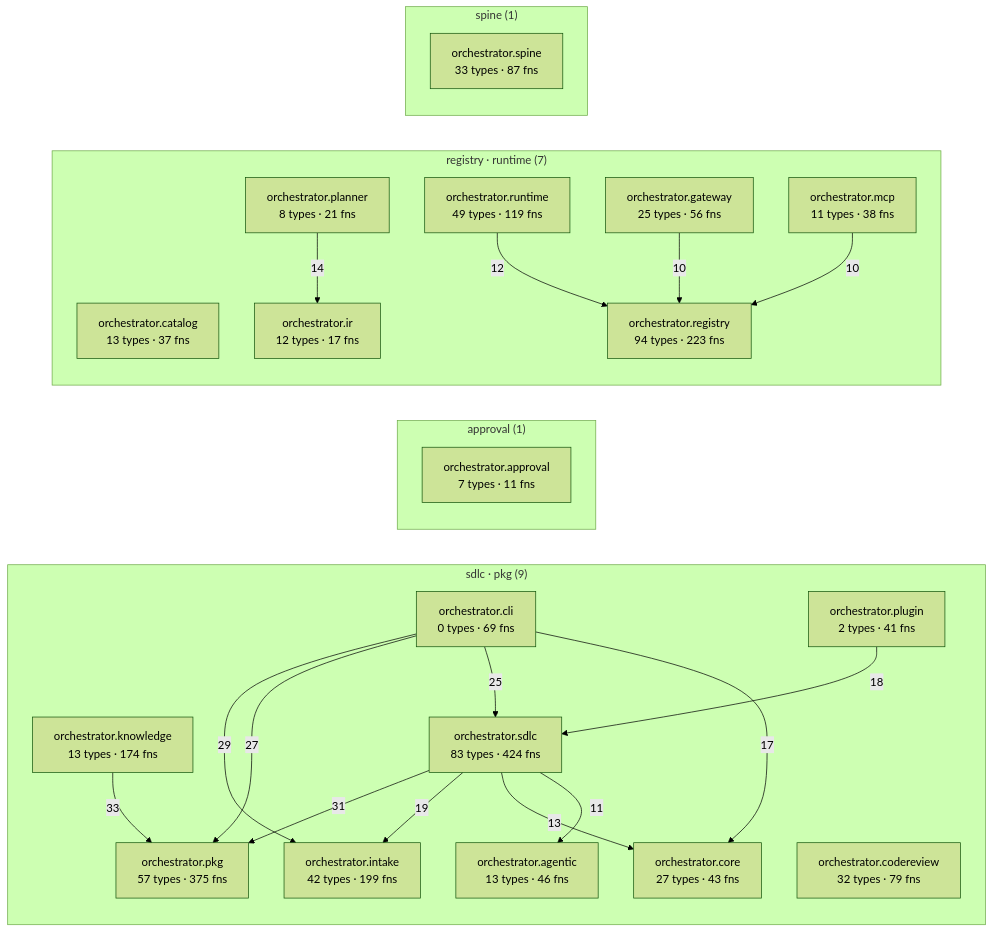
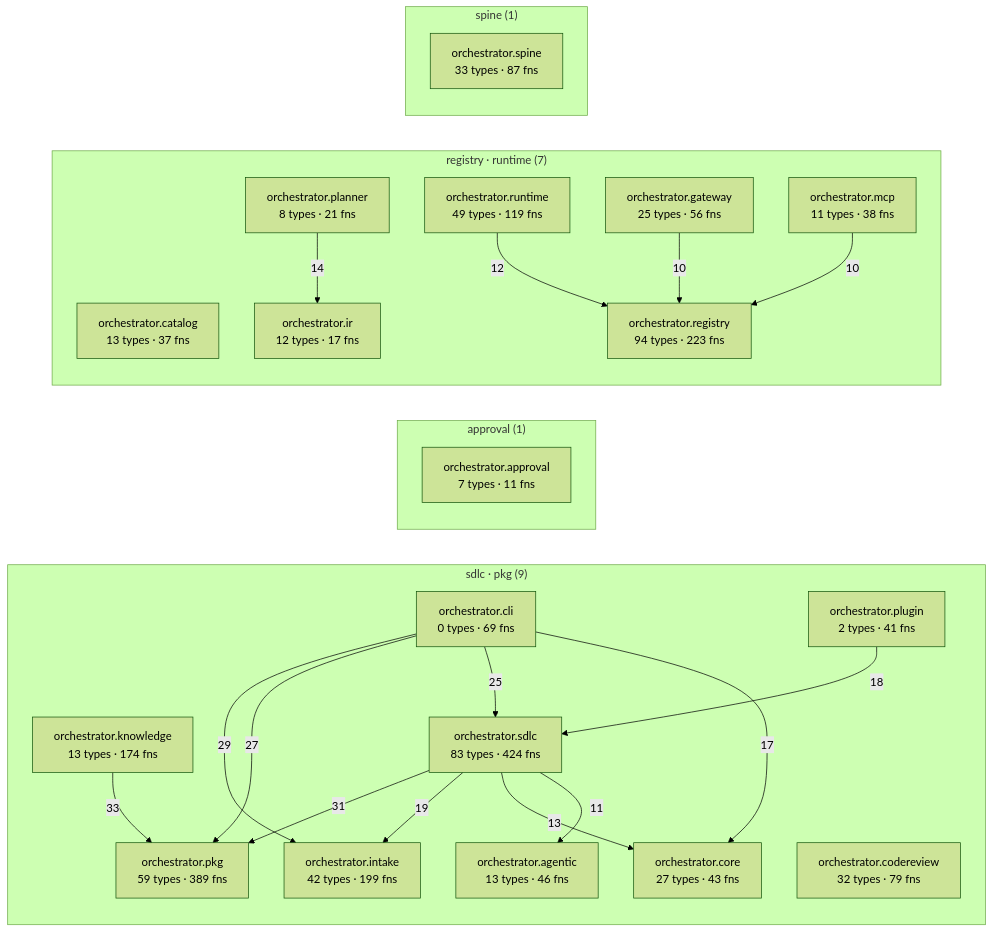
Before and after one commit to synaptixs/spine: the diagram in episteme/architecture.md, drawn with Mermaid (forest theme). The commit also changed other lines of this file and 27 other files, not shown here.

````diff
--- a/episteme/architecture.md
+++ b/episteme/architecture.md
@@ -54,43 +54,43 @@
 ```mermaid
 flowchart LR
   subgraph c_1["sdlc · pkg (9)"]
     aorchestratoragentic["orchestrator.agentic<br/>13 types · 46 fns"]
     aorchestratorcli["orchestrator.cli<br/>0 types · 69 fns"]
     aorchestratorcodereview["orchestrator.codereview<br/>32 types · 79 fns"]
     aorchestratorcore["orchestrator.core<br/>27 types · 43 fns"]
     aorchestratorintake["orchestrator.intake<br/>42 types · 199 fns"]
     aorchestratorknowledge["orchestrator.knowledge<br/>13 types · 174 fns"]
-    aorchestratorpkg["orchestrator.pkg<br/>57 types · 375 fns"]
+    aorchestratorpkg["orchestrator.pkg<br/>59 types · 389 fns"]
     aorchestratorplugin["orchestrator.plugin<br/>2 types · 41 fns"]
     aorchestratorsdlc["orchestrator.sdlc<br/>83 types · 424 fns"]
   end
   subgraph c_2["approval (1)"]
     aorchestratorapproval["orchestrator.approval<br/>7 types · 11 fns"]
   end
   subgraph c_3["registry · runtime (7)"]
     aorchestratorcatalog["orchestrator.catalog<br/>13 types · 37 fns"]
     aorchestratorgateway["orchestrator.gateway<br/>25 types · 56 fns"]
     aorchestratorir["orchestrator.ir<br/>12 types · 17 fns"]
     aorchestratormcp["orchestrator.mcp<br/>11 types · 38 fns"]
     aorchestratorplanner["orchestrator.planner<br/>8 types · 21 fns"]
     aorchestratorregistry["orchestrator.registry<br/>94 types · 223 fns"]
     aorchestratorruntime["orchestrator.runtime<br/>49 types · 119 fns"]
   end
   subgraph c_10["spine (1)"]
     aorchestratorspine["orchestrator.spine<br/>33 types · 87 fns"]
   end
   aorchestratorknowledge -->|33| aorchestratorpkg
   aorchestratorsdlc -->|31| aorchestratorpkg
   aorchestratorcli -->|29| aorchestratorintake
   aorchestratorcli -->|27| aorchestratorpkg
   aorchestratorcli -->|25| aorchestratorsdlc
   aorchestratorsdlc -->|19| aorchestratorintake
   aorchestratorplugin -->|18| aorchestratorsdlc
   aorchestratorcli -->|17| aorchestratorcore
   aorchestratorplanner -->|14| aorchestratorir
   aorchestratorsdlc -->|13| aorchestratorcore
   aorchestratorruntime -->|12| aorchestratorregistry
   aorchestratorsdlc -->|11| aorchestratoragentic
   aorchestratorgateway -->|10| aorchestratorregistry
   aorchestratormcp -->|10| aorchestratorregistry
 ```
````
